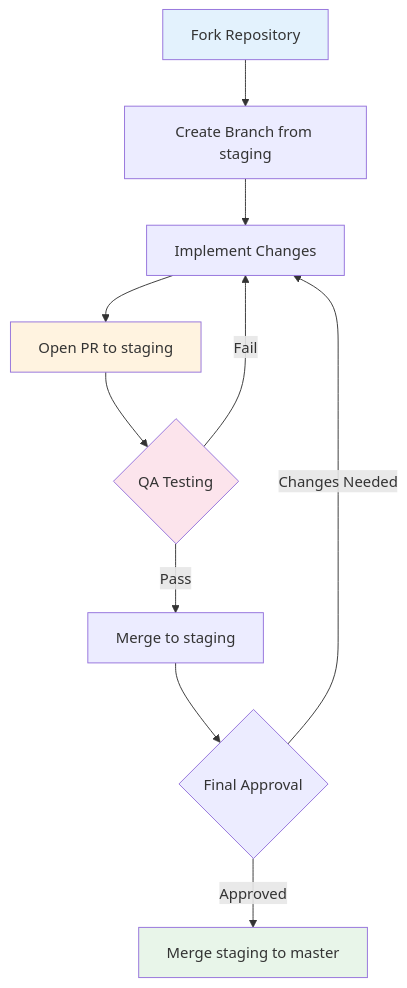
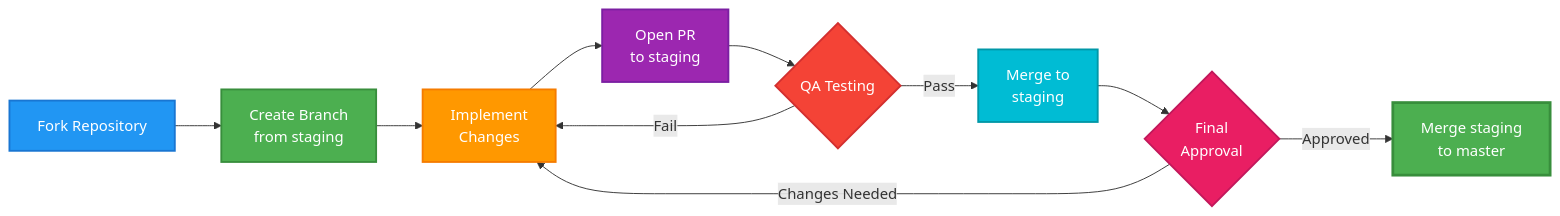
One commit to AdrianeDriane/psits-web-react changed the diagram in CONTRIBUTING.md. Above: the diagram before and after it, drawn with Mermaid.

Commit message:
docs: mermaid chart for Contributing - Branching & Workflow p.2

````diff
--- a/CONTRIBUTING.md
+++ b/CONTRIBUTING.md
@@ -17,17 +26,21 @@
 ```mermaid
-flowchart TD
-    A[Fork Repository] --> B[Create Branch from staging]
-    B --> C[Implement Changes]
-    C --> D[Open PR to staging]
+flowchart LR
+    A[Fork Repository] --> B[Create Branch<br/>from staging]
+    B --> C[Implement<br/>Changes]
+    C --> D[Open PR<br/>to staging]
     D --> E{QA Testing}
-    E -->|Pass| F[Merge to staging]
+    E -->|Pass| F[Merge to<br/>staging]
     E -->|Fail| C
-    F --> G{Final Approval}
-    G -->|Approved| H[Merge staging to master]
+    F --> G{Final<br/>Approval}
+    G -->|Approved| H[Merge staging<br/>to master]
     G -->|Changes Needed| C
     
-    style A fill:#e3f2fd
-    style D fill:#fff3e0
-    style E fill:#fce4ec
-    style H fill:#e8f5e9
+    style A fill:#2196F3,stroke:#1976D2,stroke-width:2px,color:#fff
+    style B fill:#4CAF50,stroke:#388E3C,stroke-width:2px,color:#fff
+    style C fill:#FF9800,stroke:#F57C00,stroke-width:2px,color:#fff
+    style D fill:#9C27B0,stroke:#7B1FA2,stroke-width:2px,color:#fff
+    style E fill:#F44336,stroke:#D32F2F,stroke-width:2px,color:#fff
+    style F fill:#00BCD4,stroke:#0097A7,stroke-width:2px,color:#fff
+    style G fill:#E91E63,stroke:#C2185B,stroke-width:2px,color:#fff
+    style H fill:#4CAF50,stroke:#388E3C,stroke-width:3px,color:#fff
 ```
````
